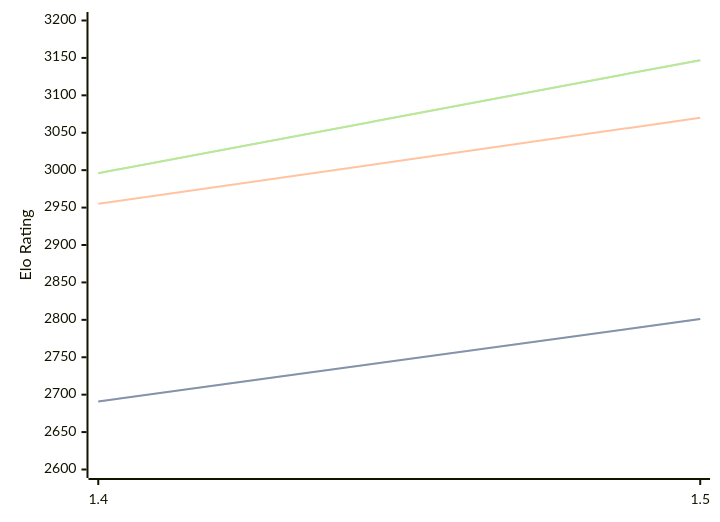
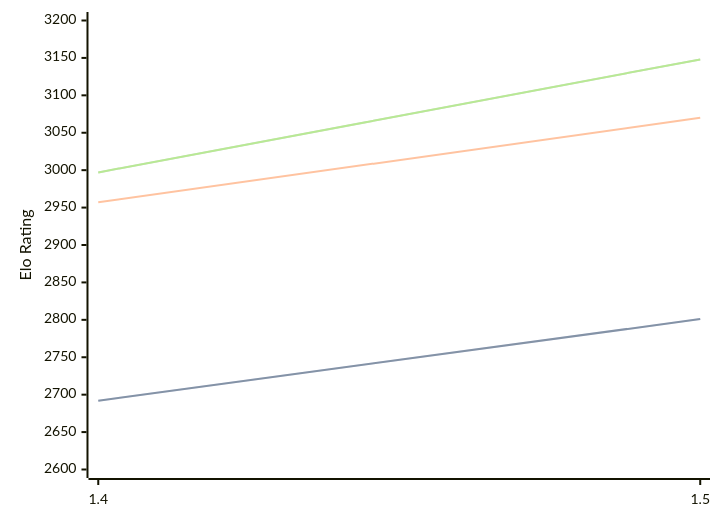
One commit to computer-chess-index/cci changed the diagram in engines/Yakka.md. Above: the diagram before and after it, drawn with Mermaid. The commit also changed other lines of this file, not shown here.

Commit message:
Update CCI Ratings (ELO VLTC) - 2026-04-24

````diff
--- a/engines/Yakka.md
+++ b/engines/Yakka.md
@@ -36,11 +36,11 @@
 ```mermaid
 %%{init: {"theme":"base","themeVariables":{"seriesColors:['#a3a3a3','#222221','#faa371']}}}%%
 xychart-beta
   x-axis ["1.4", "1.5"]
   y-axis "Elo Rating" 2600 --> 3200
-  line "STC (8.0+0.08s)" [2691, 2801]
-  line "STC (8.0+0.08s)" [2691, 2801]
-  line "LTC (60.0+0.60s)" [2955, 3070]
-  line "VLTC (2m24s+1.12s)" [2996, 3147]
-  line "VLTC (2m24s+1.12s)" [2996, 3147]
+  line "STC (8.0+0.08s)" [2692, 2801]
+  line "STC (8.0+0.08s)" [2692, 2801]
+  line "LTC (60.0+0.60s)" [2957, 3070]
+  line "VLTC (2m24s+1.12s)" [2997, 3148]
+  line "VLTC (2m24s+1.12s)" [2997, 3148]
 ```
````
